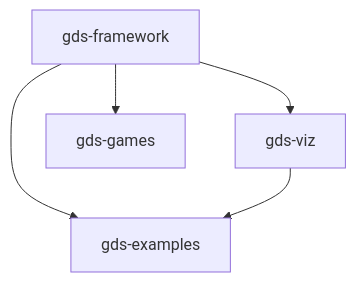
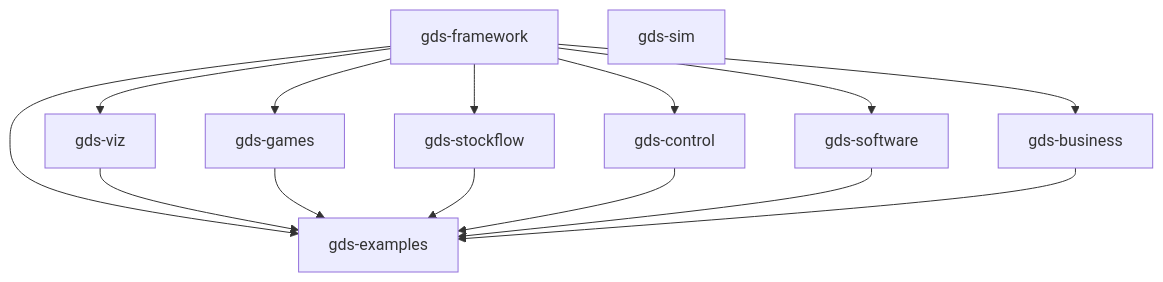
The diagram in docs/framework/ecosystem.md (BlockScience/gds-core), drawn with Mermaid before and after one commit. The commit also changed other lines of this file, not shown here.

````diff
--- a/docs/framework/ecosystem.md
+++ b/docs/framework/ecosystem.md
@@ -16,7 +21,17 @@
 ```mermaid
 graph TD
     F[gds-framework] --> V[gds-viz]
     F --> G[gds-games]
+    F --> SF[gds-stockflow]
+    F --> C[gds-control]
+    F --> SW[gds-software]
+    F --> B[gds-business]
     F --> E[gds-examples]
     V --> E
+    G --> E
+    SF --> E
+    C --> E
+    SW --> E
+    B --> E
+    SIM[gds-sim]
 ```
````
